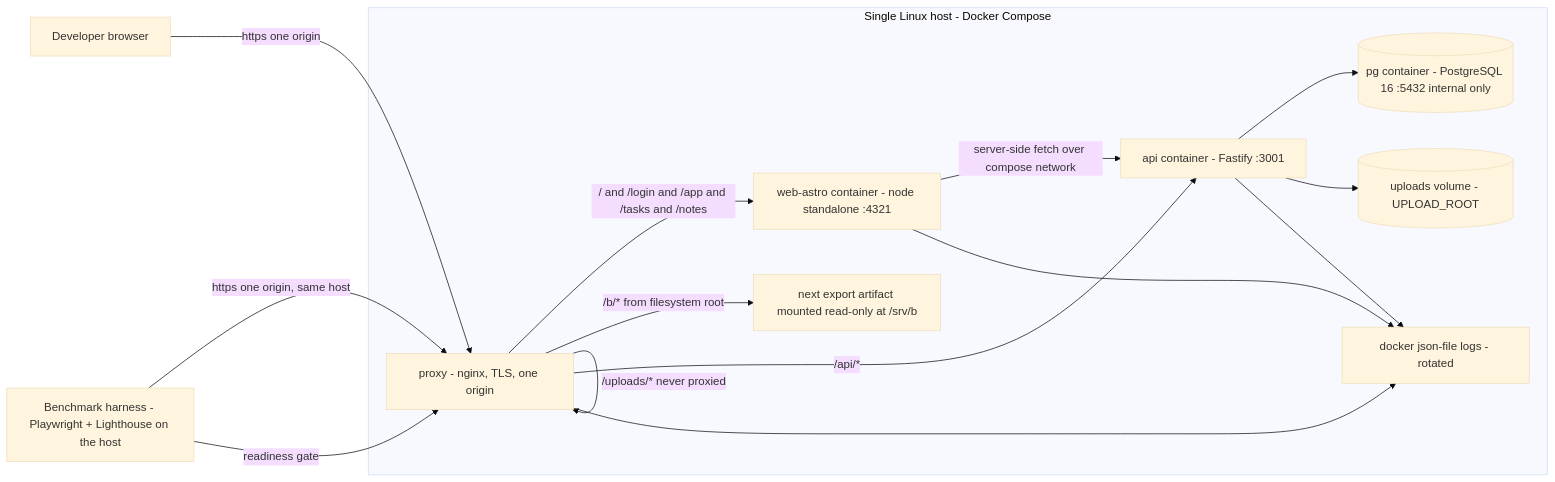
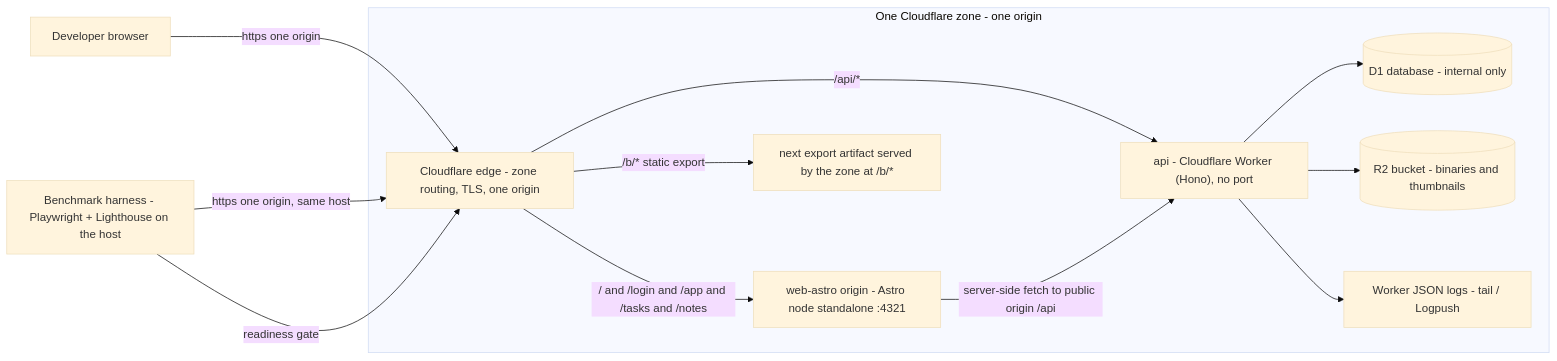
The eighth of 8 diagrams in .planning/03-system-architecture.md (mhiqrambg/rweb-task-management), drawn with Mermaid (base theme) before and after one commit. The commit also changed other lines of this file and 18 other files, not shown here.

First line of the commit message:
docs: align the planning set and root docs to Cloudflare Workers + D1 + R2

````diff
--- a/.planning/03-system-architecture.md
+++ b/.planning/03-system-architecture.md
@@ -471,27 +468,24 @@
 ```mermaid
 flowchart LR
   Harness["Benchmark harness - Playwright + Lighthouse on the host"]
   Dev["Developer browser"]
-  subgraph Host["Single Linux host - Docker Compose"]
-    Proxy["proxy - nginx, TLS, one origin"]
-    AstroC["web-astro container - node standalone :4321"]
-    ApiC["api container - Fastify :3001"]
-    PgC[("pg container - PostgreSQL 16 :5432 internal only")]
-    StaticB["next export artifact mounted read-only at /srv/b"]
-    Vol[("uploads volume - UPLOAD_ROOT")]
-    Logs["docker json-file logs - rotated"]
+  subgraph Edge["One Cloudflare zone - one origin"]
+    Proxy["Cloudflare edge - zone routing, TLS, one origin"]
+    AstroC["web-astro origin - Astro node standalone :4321"]
+    ApiC["api - Cloudflare Worker (Hono), no port"]
+    DbC[("D1 database - internal only")]
+    StaticB["next export artifact served by the zone at /b/*"]
+    Vol[("R2 bucket - binaries and thumbnails")]
+    Logs["Worker JSON logs - tail / Logpush"]
   end
   Dev -->|"https one origin"| Proxy
   Harness -->|"https one origin, same host"| Proxy
   Harness -->|"readiness gate"| Proxy
   Proxy -->|"/ and /login and /app and /tasks and /notes"| AstroC
-  Proxy -->|"/b/* from filesystem root"| StaticB
+  Proxy -->|"/b/* static export"| StaticB
   Proxy -->|"/api/*"| ApiC
-  Proxy -->|"/uploads/* never proxied"| Proxy
-  ApiC --> PgC
+  ApiC --> DbC
   ApiC --> Vol
-  AstroC -->|"server-side fetch over compose network"| ApiC
-  AstroC --> Logs
+  AstroC -->|"server-side fetch to public origin /api"| ApiC
   ApiC --> Logs
-  Proxy --> Logs
 ```
````
